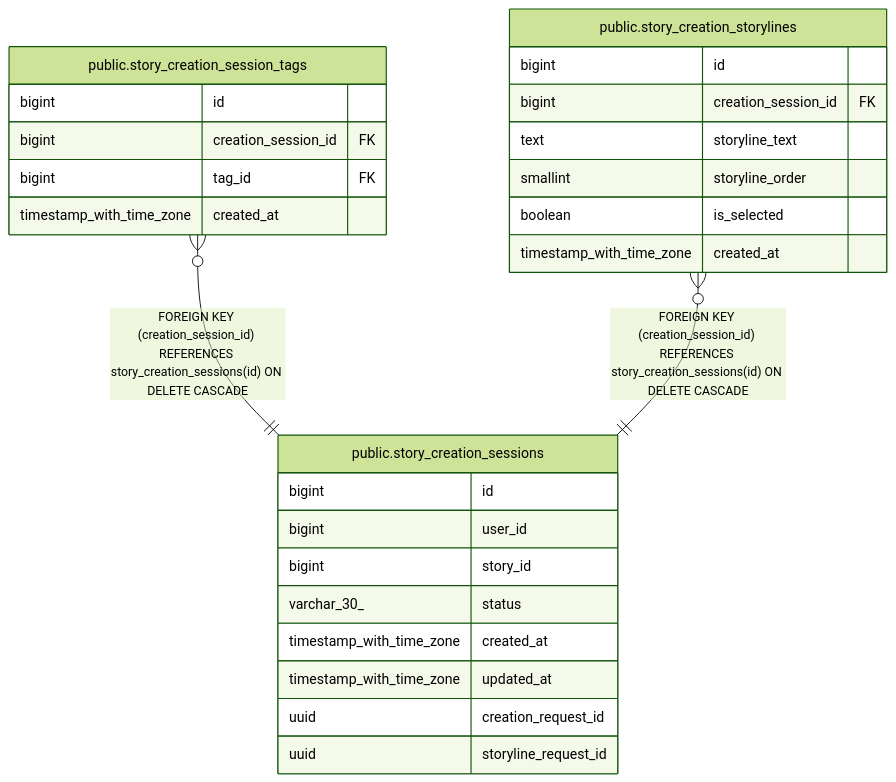
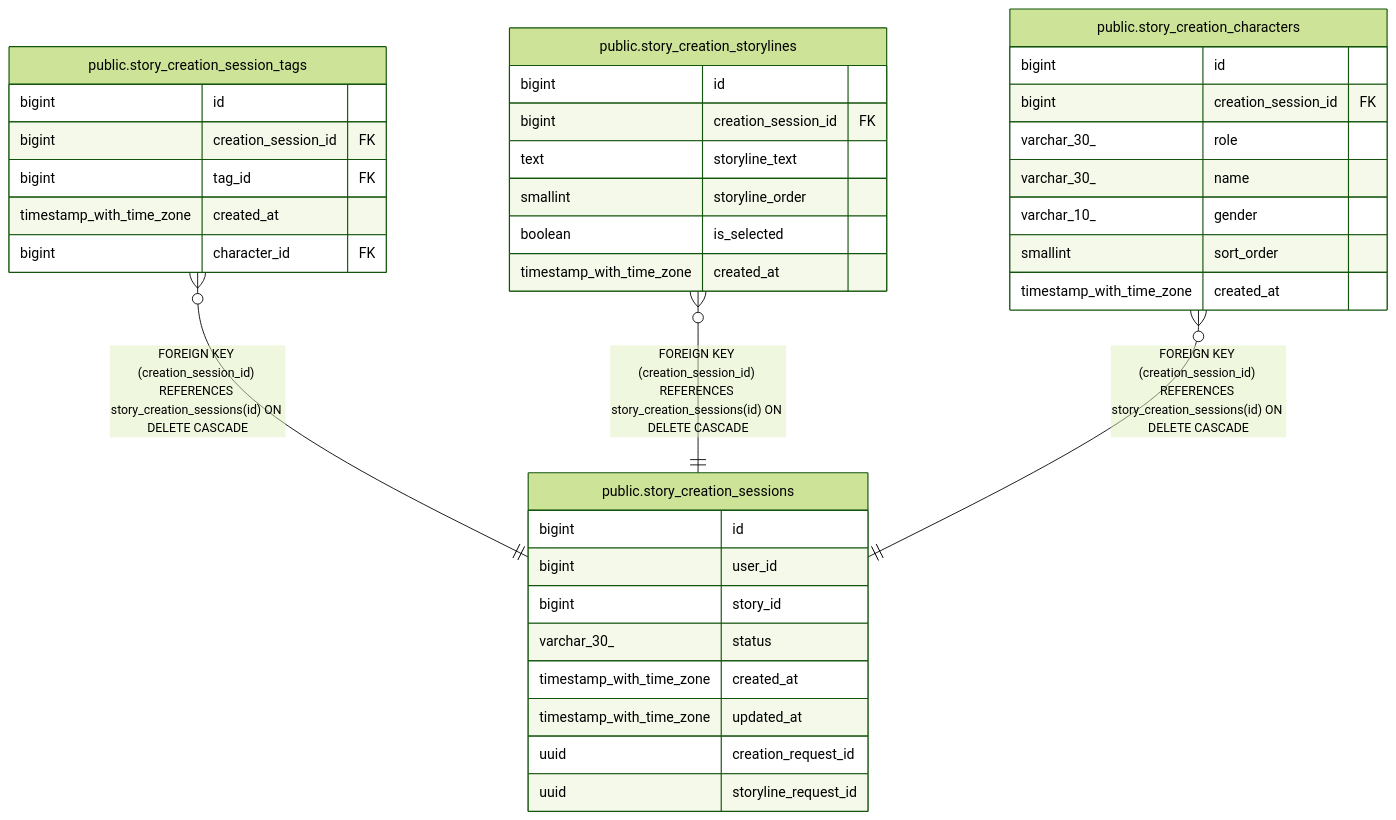
One commit to KIM-N-KANG/manyak-server changed the diagram in dbdoc/public.story_creation_sessions.md. Above: the diagram before and after it, drawn with Mermaid (forest theme). The commit also changed other lines of this file and 15 other files, not shown here.

````diff
--- a/dbdoc/public.story_creation_sessions.md
+++ b/dbdoc/public.story_creation_sessions.md
@@ -32,31 +32,42 @@
 ```mermaid
 erDiagram
 
 "public.story_creation_session_tags" }o--|| "public.story_creation_sessions" : "FOREIGN KEY (creation_session_id) REFERENCES story_creation_sessions(id) ON DELETE CASCADE"
 "public.story_creation_storylines" }o--|| "public.story_creation_sessions" : "FOREIGN KEY (creation_session_id) REFERENCES story_creation_sessions(id) ON DELETE CASCADE"
+"public.story_creation_characters" }o--|| "public.story_creation_sessions" : "FOREIGN KEY (creation_session_id) REFERENCES story_creation_sessions(id) ON DELETE CASCADE"
 
 "public.story_creation_sessions" {
   bigint id
   bigint user_id
   bigint story_id
   varchar_30_ status
   timestamp_with_time_zone created_at
   timestamp_with_time_zone updated_at
   uuid creation_request_id
   uuid storyline_request_id
 }
 "public.story_creation_session_tags" {
   bigint id
   bigint creation_session_id FK
   bigint tag_id FK
   timestamp_with_time_zone created_at
+  bigint character_id FK
 }
 "public.story_creation_storylines" {
   bigint id
   bigint creation_session_id FK
   text storyline_text
   smallint storyline_order
   boolean is_selected
   timestamp_with_time_zone created_at
 }
+"public.story_creation_characters" {
+  bigint id
+  bigint creation_session_id FK
+  varchar_30_ role
+  varchar_30_ name
+  varchar_10_ gender
+  smallint sort_order
+  timestamp_with_time_zone created_at
+}
 ```
````
